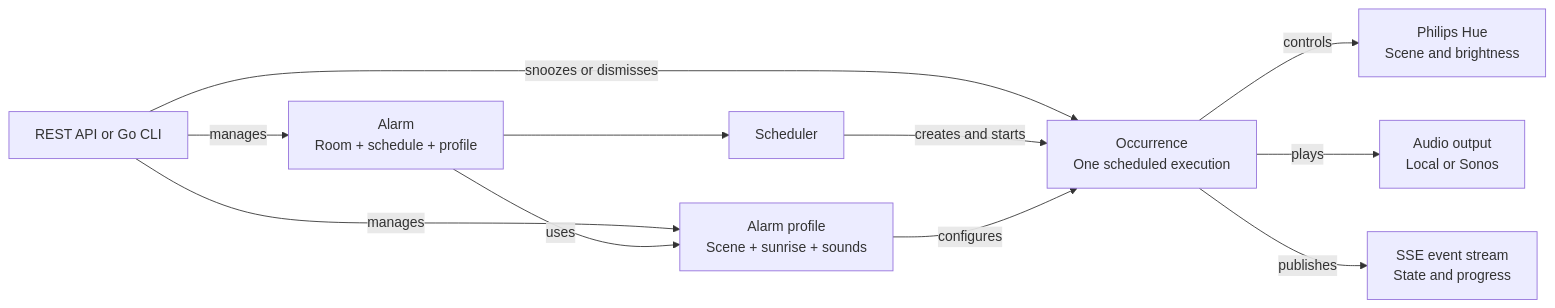
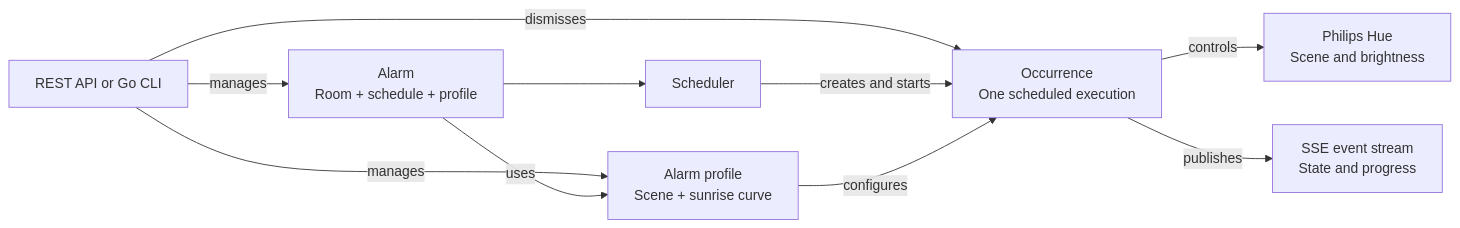
One commit to mathisarends/hue-daylight-alarm changed the diagram in README.md. Above: the diagram before and after it, drawn with Mermaid. The commit also changed other lines of this file and 28 other files, not shown here.

First line of the commit message:
chore: drop MinIO/audio Docker infra, bundled sounds, and docs

````diff
--- a/README.md
+++ b/README.md
@@ -43,22 +38,20 @@
 ```mermaid
 flowchart LR
     Client["REST API or Go CLI"]
     Alarm["Alarm<br/>Room + schedule + profile"]
-    Profile["Alarm profile<br/>Scene + sunrise + sounds"]
+    Profile["Alarm profile<br/>Scene + sunrise curve"]
     Scheduler["Scheduler"]
     Occurrence["Occurrence<br/>One scheduled execution"]
     Hue["Philips Hue<br/>Scene and brightness"]
-    Audio["Audio output<br/>Local or Sonos"]
     Events["SSE event stream<br/>State and progress"]
 
     Client -->|manages| Alarm
     Client -->|manages| Profile
-    Client -->|snoozes or dismisses| Occurrence
+    Client -->|dismisses| Occurrence
     Alarm -->|uses| Profile
     Alarm --> Scheduler
     Scheduler -->|creates and starts| Occurrence
     Profile -->|configures| Occurrence
     Occurrence -->|controls| Hue
-    Occurrence -->|plays| Audio
     Occurrence -->|publishes| Events
 ```
````
